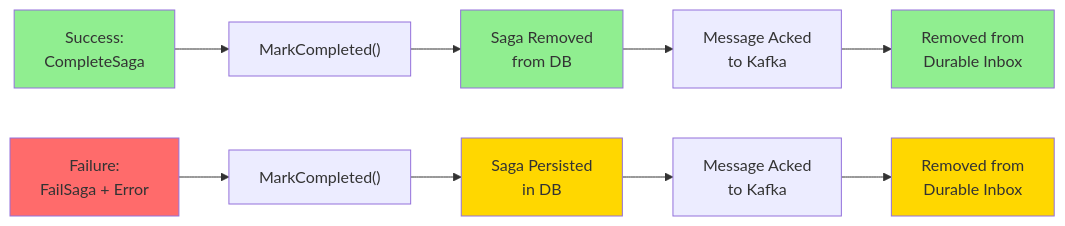
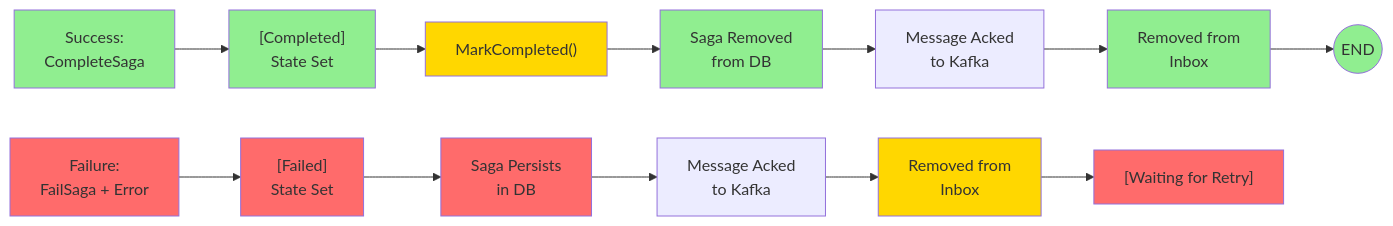
The second of 2 diagrams in README.md (benomine/WolverineSagas), drawn with Mermaid before and after one commit. The commit also changed other lines of this file, not shown here.

Commit message:
docs: Fix diagram flow - failed sagas NOT marked complete
- Only successful sagas call MarkCompleted() and get removed
- Failed sagas persist without MarkCompleted() for retry capability
- Update state machine diagram to show different paths
- Add 'Waiting for Retry' state for failed sagas
- Clarify that MarkCompleted() only for success path

````diff
--- a/README.md
+++ b/README.md
@@ -130,21 +134,31 @@
 ```mermaid
 graph LR
-    Success["Success:<br/>CompleteSaga"] --> MarkComplete1["MarkCompleted()"]
-    Failure["Failure:<br/>FailSaga + Error"] --> MarkComplete2["MarkCompleted()"]
+    Success["Success:<br/>CompleteSaga"] --> Completed["[Completed]<br/>State Set"]
+    Failure["Failure:<br/>FailSaga + Error"] --> Failed["[Failed]<br/>State Set"]
     
-    MarkComplete1 --> DBClean["Saga Removed<br/>from DB"]
-    MarkComplete2 --> DBKeep["Saga Persisted<br/>in DB"]
+    Completed --> MarkComplete["MarkCompleted()"]
+    
+    MarkComplete --> DBClean["Saga Removed<br/>from DB"]
+    Failed --> DBKeep["Saga Persists<br/>in DB"]
     
     DBClean --> KafkaAck1["Message Acked<br/>to Kafka"]
     DBKeep --> KafkaAck2["Message Acked<br/>to Kafka"]
     
-    KafkaAck1 --> Inbox1["Removed from<br/>Durable Inbox"]
-    KafkaAck2 --> Inbox2["Removed from<br/>Durable Inbox"]
+    KafkaAck1 --> Inbox1["Removed from<br/>Inbox"]
+    KafkaAck2 --> Inbox2["Removed from<br/>Inbox"]
+    
+    Inbox1 --> EndSuccess((END))
+    Inbox2 --> RetryState["[Waiting for Retry]"]
     
     style Success fill:#90EE90
     style Failure fill:#FF6B6B
+    style Completed fill:#90EE90
+    style Failed fill:#FF6B6B
+    style MarkComplete fill:#FFD700
     style DBClean fill:#90EE90
-    style DBKeep fill:#FFD700
+    style DBKeep fill:#FF6B6B
     style Inbox1 fill:#90EE90
     style Inbox2 fill:#FFD700
+    style RetryState fill:#FF6B6B
+    style EndSuccess fill:#90EE90
 ```
````
